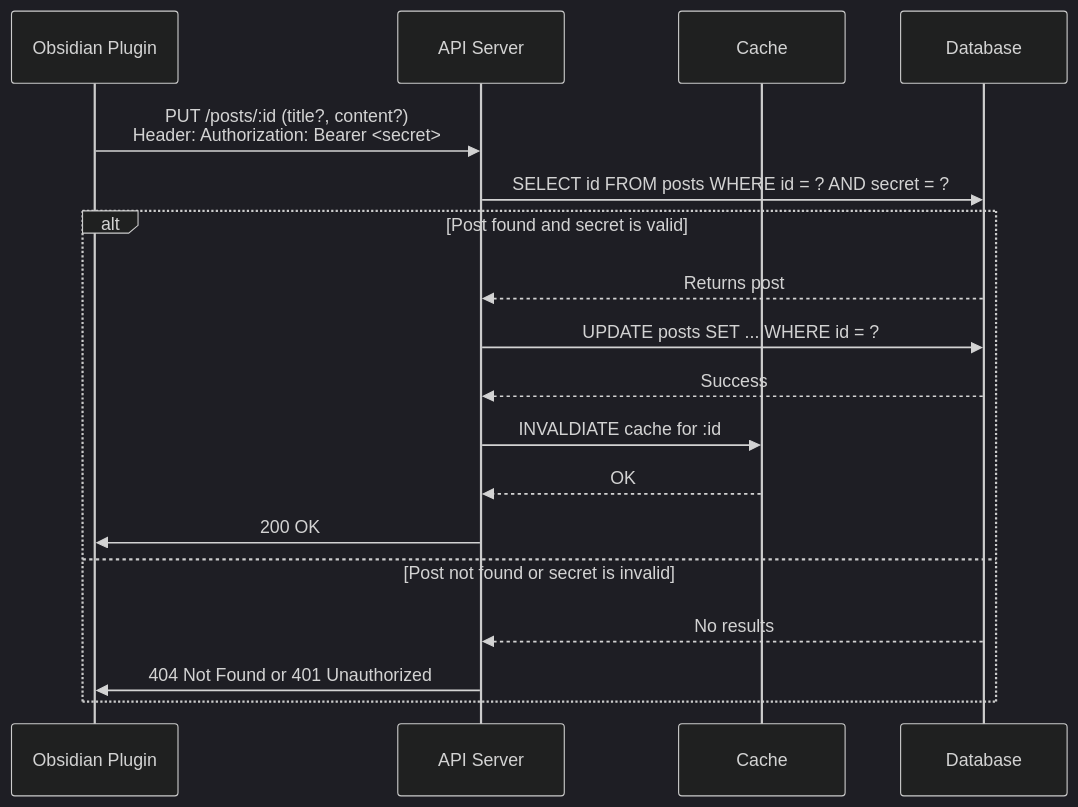
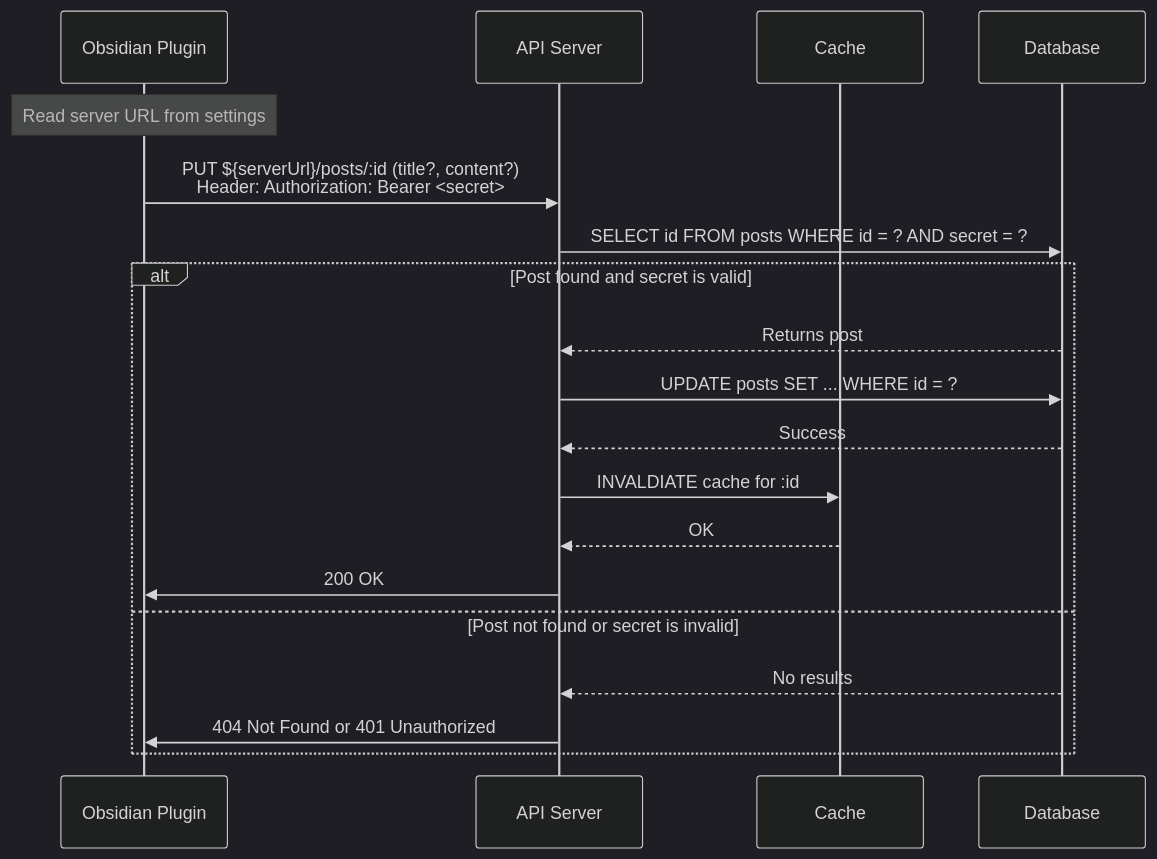
One commit to ilovethw3/publish-obsidian-plugin changed the third of 4 diagrams in .claude/specs/obsidian-publish-system/design.md. Above: the diagram before and after it, drawn with Mermaid (dark theme). The commit also changed other lines of this file and 22 other files, not shown here.

````diff
--- a/.claude/specs/obsidian-publish-system/design.md
+++ b/.claude/specs/obsidian-publish-system/design.md
@@ -157,21 +161,22 @@
 ```mermaid
 sequenceDiagram
     participant P as Obsidian Plugin
     participant S as API Server
     participant C as Cache
     participant DB as Database
 
-    P->>S: PUT /posts/:id (title?, content?)<br>Header: Authorization: Bearer <secret>
+    Note over P: Read server URL from settings
+    P->>S: PUT ${serverUrl}/posts/:id (title?, content?)<br>Header: Authorization: Bearer <secret>
     S->>DB: SELECT id FROM posts WHERE id = ? AND secret = ?
     alt Post found and secret is valid
         DB-->>S: Returns post
         S->>DB: UPDATE posts SET ... WHERE id = ?
         DB-->>S: Success
         S->>C: INVALDIATE cache for :id
         C-->>S: OK
         S->>P: 200 OK
     else Post not found or secret is invalid
         DB-->>S: No results
         S->>P: 404 Not Found or 401 Unauthorized
     end
 ```
````
